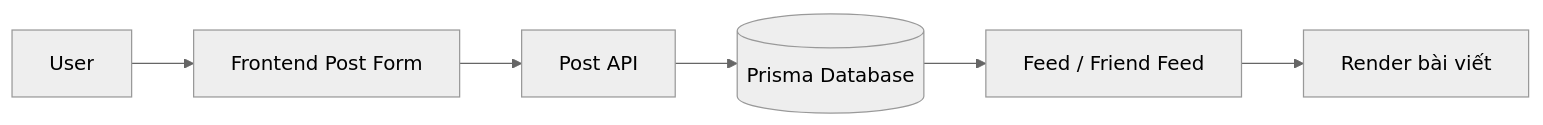
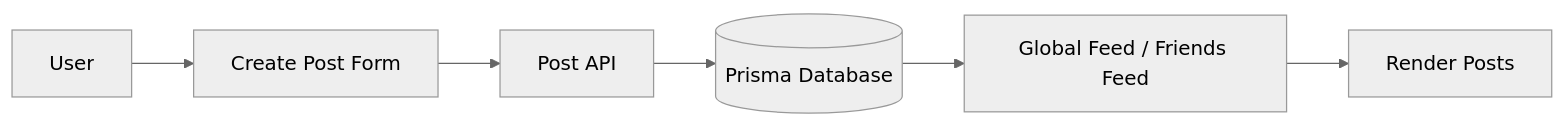
One commit to LeNguyenTatThang/Halogram changed the second of 4 diagrams in README.md. Above: the diagram before and after it, drawn with Mermaid (neutral theme). The commit also changed other lines of this file, not shown here.

````diff
--- a/README.md
+++ b/README.md
@@ -315,8 +338,18 @@
 ```mermaid
 flowchart LR
-    U[User] --> UI[Frontend Post Form]
-    UI --> API[Post API]
-    API --> DB[(Prisma Database)]
-    DB --> FEED[Feed / Friend Feed]
-    FEED --> UI2[Render bài viết]
+
+U[User]
+--> UI[Create Post Form]
+
+UI
+--> API[Post API]
+
+API
+--> DB[(Prisma Database)]
+
+DB
+--> FEED[Global Feed / Friends Feed]
+
+FEED
+--> RENDER[Render Posts]
 ```
````
